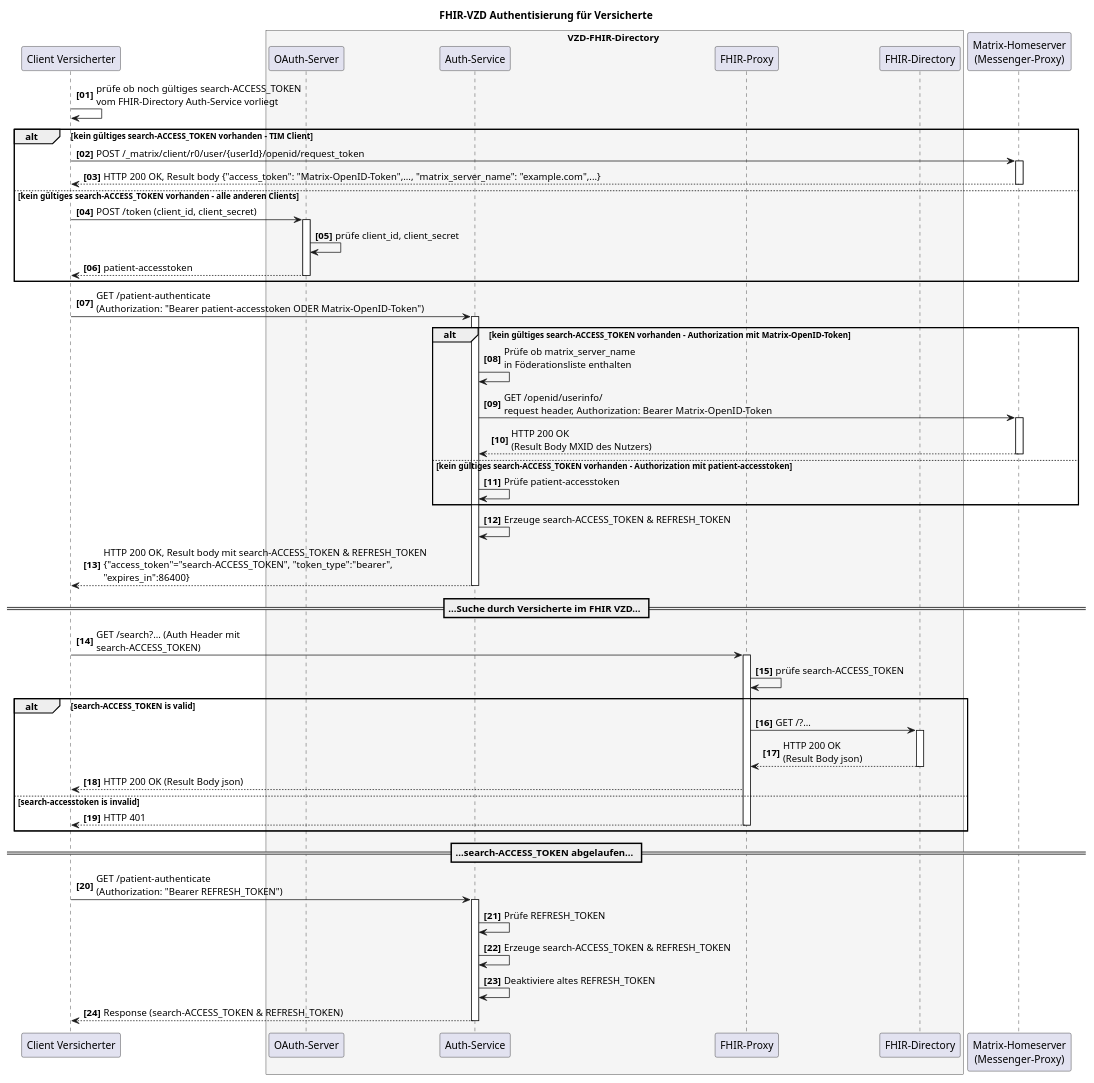
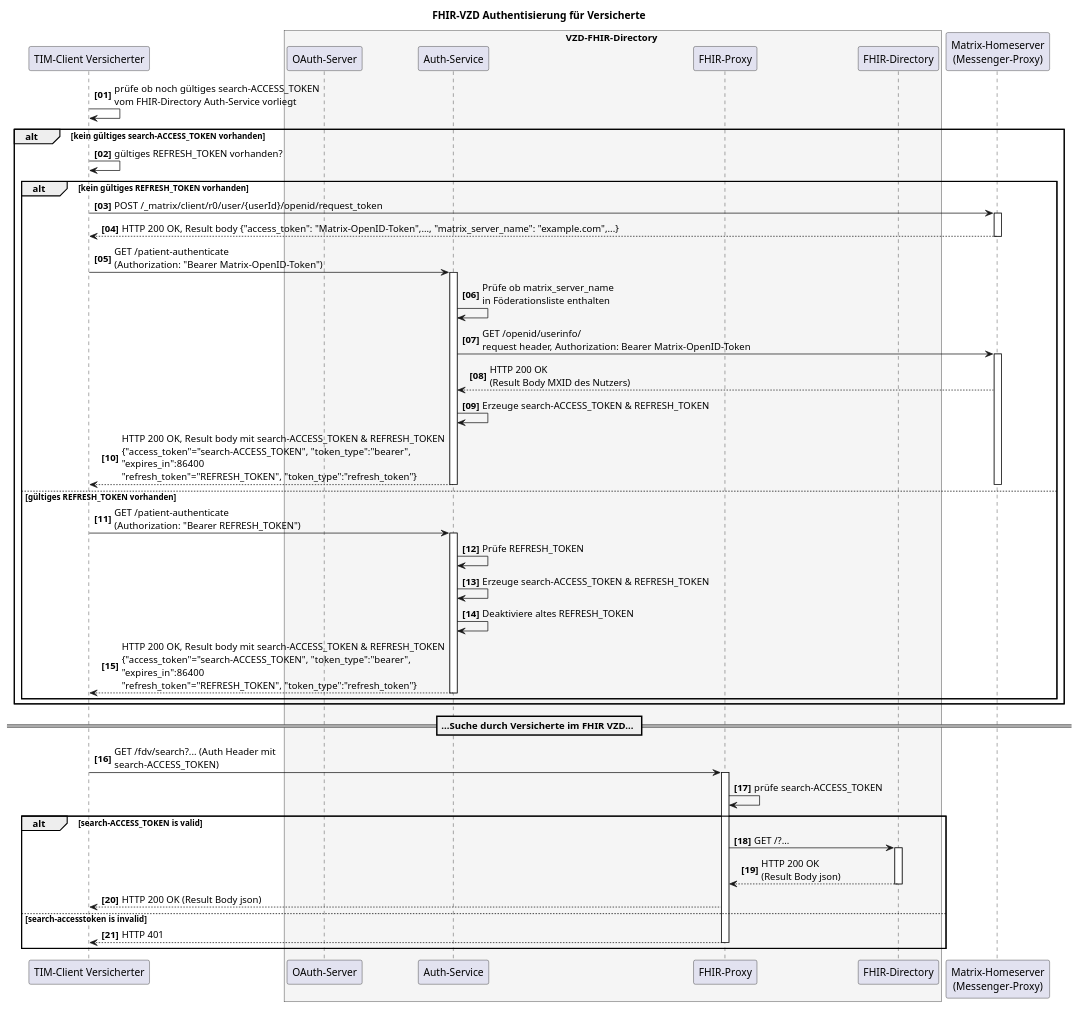
Before and after one commit to gematik/api-vzd: the diagram in src/plantuml/SequenceDiagram.FHIR-Directory.fdv.search.tim.puml, drawn with PlantUML.

```diff
--- a/src/plantuml/SequenceDiagram.FHIR-Directory.fdv.search.tim.puml
+++ b/src/plantuml/SequenceDiagram.FHIR-Directory.fdv.search.tim.puml
@@ -1,77 +1,65 @@
 @startuml
 autonumber 1 1 "<b>[00]"
 title "FHIR-VZD Authentisierung für Versicherte"
 
-participant VClient as "Client Versicherter"
+participant VClient as "TIM-Client Versicherter"
 
 box VZD-FHIR-Directory #WhiteSmoke
     participant "OAuth-Server" as VzdOAuth
     participant "Auth-Service" as VzdAuth
     participant fp as "FHIR-Proxy"
     participant fd as "FHIR-Directory"
 end box
 
 participant hs as "Matrix-Homeserver\n(Messenger-Proxy)"
 
 VClient-> VClient: prüfe ob noch gültiges search-ACCESS_TOKEN\nvom FHIR-Directory Auth-Service vorliegt
 
-alt kein gültiges search-ACCESS_TOKEN vorhanden - TIM Client
-VClient-> hs: POST /_matrix/client/r0/user/{userId}/openid/request_token
-activate hs
-hs --> VClient: HTTP 200 OK, Result body {"access_token": "Matrix-OpenID-Token",..., "matrix_server_name": "example.com",...}
-deactivate hs
- else kein gültiges search-ACCESS_TOKEN vorhanden - alle anderen Clients
-VClient->VzdOAuth++: POST /token (client_id, client_secret)
-VzdOAuth->VzdOAuth: prüfe client_id, client_secret
-VzdOAuth-->VClient: patient-accesstoken
-deactivate VzdOAuth
+alt kein gültiges search-ACCESS_TOKEN vorhanden
+VClient->VClient: gültiges REFRESH_TOKEN vorhanden?
+alt kein gültiges REFRESH_TOKEN vorhanden
+   VClient-> hs: POST /_matrix/client/r0/user/{userId}/openid/request_token
+   activate hs
+   hs --> VClient: HTTP 200 OK, Result body {"access_token": "Matrix-OpenID-Token",..., "matrix_server_name": "example.com",...}
+   deactivate hs
+
+   VClient->VzdAuth++: GET /patient-authenticate \n(Authorization: "Bearer Matrix-OpenID-Token")
+
+   VzdAuth-> VzdAuth: Prüfe ob matrix_server_name\nin Föderationsliste enthalten
+   VzdAuth-> hs: GET /openid/userinfo/\nrequest header, Authorization: Bearer Matrix-OpenID-Token
+   activate hs
+   hs --> VzdAuth: HTTP 200 OK\n(Result Body MXID des Nutzers)
+   VzdAuth->VzdAuth: Erzeuge search-ACCESS_TOKEN & REFRESH_TOKEN
+   VzdAuth--> VClient: HTTP 200 OK, Result body mit search-ACCESS_TOKEN & REFRESH_TOKEN\n{"access_token"="search-ACCESS_TOKEN", "token_type":"bearer",\n"expires_in":86400\n"refresh_token"="REFRESH_TOKEN", "token_type":"refresh_token"}
+   deactivate VzdAuth
+   deactivate hs
+ else gültiges REFRESH_TOKEN vorhanden
+   VClient->VzdAuth++: GET /patient-authenticate \n(Authorization: "Bearer REFRESH_TOKEN")
+   VzdAuth->VzdAuth: Prüfe REFRESH_TOKEN
+   VzdAuth->VzdAuth: Erzeuge search-ACCESS_TOKEN & REFRESH_TOKEN
+   VzdAuth->VzdAuth: Deaktiviere altes REFRESH_TOKEN
+   VzdAuth--> VClient: HTTP 200 OK, Result body mit search-ACCESS_TOKEN & REFRESH_TOKEN\n{"access_token"="search-ACCESS_TOKEN", "token_type":"bearer",\n"expires_in":86400\n"refresh_token"="REFRESH_TOKEN", "token_type":"refresh_token"}
+   deactivate VzdAuth
+
 end
 
-VClient->VzdAuth++: GET /patient-authenticate \n(Authorization: "Bearer patient-accesstoken ODER Matrix-OpenID-Token")
-
-alt kein gültiges search-ACCESS_TOKEN vorhanden - Authorization mit Matrix-OpenID-Token
-
-VzdAuth-> VzdAuth: Prüfe ob matrix_server_name\nin Föderationsliste enthalten
-VzdAuth-> hs: GET /openid/userinfo/\nrequest header, Authorization: Bearer Matrix-OpenID-Token
-activate hs
-hs --> VzdAuth: HTTP 200 OK\n(Result Body MXID des Nutzers)
-deactivate hs
-
- else kein gültiges search-ACCESS_TOKEN vorhanden - Authorization mit patient-accesstoken
-
-VzdAuth->VzdAuth: Prüfe patient-accesstoken
 end
-
-VzdAuth->VzdAuth: Erzeuge search-ACCESS_TOKEN & REFRESH_TOKEN
-VzdAuth--> VClient: HTTP 200 OK, Result body mit search-ACCESS_TOKEN & REFRESH_TOKEN\n{"access_token"="search-ACCESS_TOKEN", "token_type":"bearer",\n"expires_in":86400}
-deactivate VzdAuth
 
 == ...Suche durch Versicherte im FHIR VZD... ==
 
-VClient -> fp: GET /search?... (Auth Header mit\nsearch-ACCESS_TOKEN)
+VClient -> fp: GET /fdv/search?... (Auth Header mit\nsearch-ACCESS_TOKEN)
 activate fp
 fp -> fp: prüfe search-ACCESS_TOKEN
 
 alt search-ACCESS_TOKEN is valid
-fp -> fd: GET /?...
-activate fd
-fd --> fp: HTTP 200 OK\n(Result Body json)
-deactivate fd
-fp --> VClient : HTTP 200 OK (Result Body json)
-else search-accesstoken is invalid
-fp --> VClient : HTTP 401
-deactivate fp
+   fp -> fd: GET /?...
+   activate fd
+   fd --> fp: HTTP 200 OK\n(Result Body json)
+   deactivate fd
+   fp --> VClient : HTTP 200 OK (Result Body json)
+ else search-accesstoken is invalid
+   fp --> VClient : HTTP 401
+   deactivate fp
 end
 
-== ...search-ACCESS_TOKEN abgelaufen... ==
-
-VClient->VzdAuth++: GET /patient-authenticate \n(Authorization: "Bearer REFRESH_TOKEN")
-VzdAuth->VzdAuth: Prüfe REFRESH_TOKEN
-VzdAuth->VzdAuth: Erzeuge search-ACCESS_TOKEN & REFRESH_TOKEN
-VzdAuth->VzdAuth: Deaktiviere altes REFRESH_TOKEN
-
-VzdAuth-->VClient: Response (search-ACCESS_TOKEN & REFRESH_TOKEN)
-deactivate VzdAuth
-deactivate VzdAuth
-
 @enduml
```
